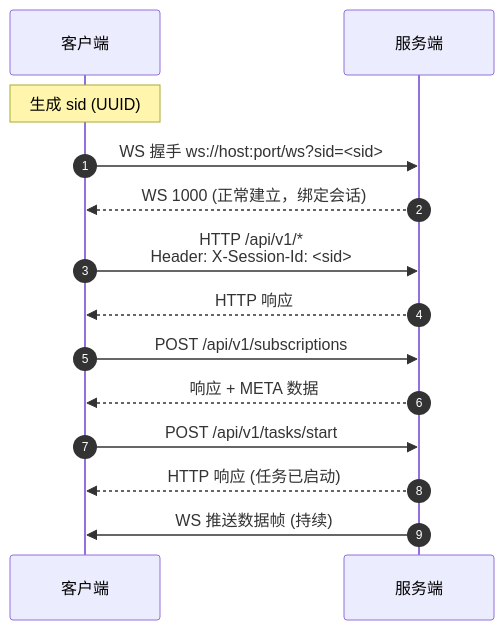
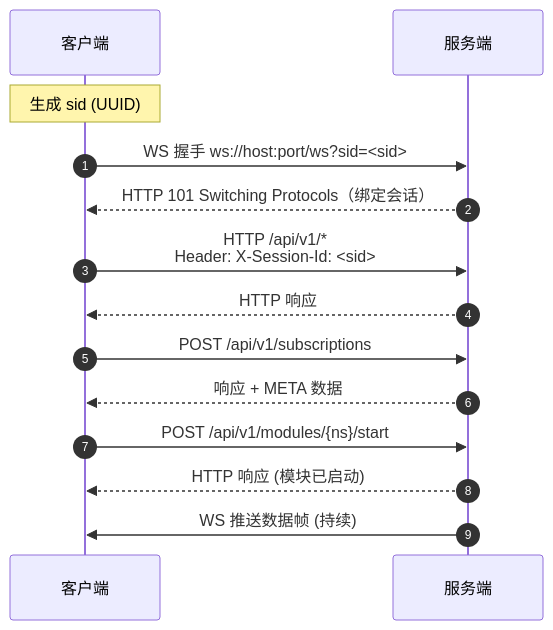
Before and after one commit to qyslamd/my_ws_server_test: the fourth of 6 diagrams in docs/spec/02-ws-protocol-v1.md, drawn with Mermaid. The commit also changed other lines of this file and 5 other files, not shown here.

````diff
--- a/docs/spec/02-ws-protocol-v1.md
+++ b/docs/spec/02-ws-protocol-v1.md
@@ -225,20 +227,20 @@
 ```mermaid
 sequenceDiagram
     autonumber
     participant C as 客户端
     participant S as 服务端
 
     Note over C: 生成 sid (UUID)
     C->>S: WS 握手 ws://host:port/ws?sid=<sid>
-    S-->>C: WS 1000 (正常建立，绑定会话)
+    S-->>C: HTTP 101 Switching Protocols（绑定会话）
 
     C->>S: HTTP /api/v1/*<br/>Header: X-Session-Id: <sid>
     S-->>C: HTTP 响应
 
     C->>S: POST /api/v1/subscriptions
     S-->>C: 响应 + META 数据
 
-    C->>S: POST /api/v1/tasks/start
-    S-->>C: HTTP 响应 (任务已启动)
+    C->>S: POST /api/v1/modules/{ns}/start
+    S-->>C: HTTP 响应 (模块已启动)
     S->>C: WS 推送数据帧 (持续)
 ```
````
